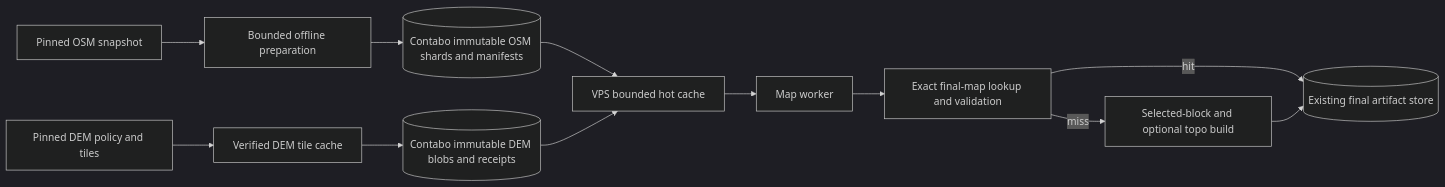
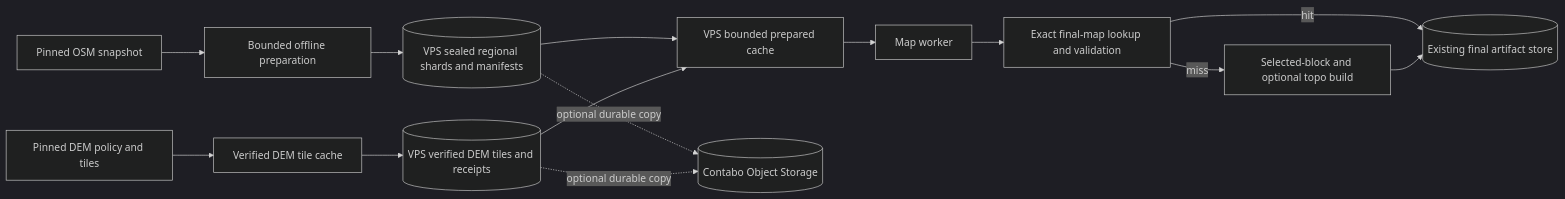
One commit to seichris/open-bike-computer changed the diagram in docs/plans/issue-508-map-reuse-implementation-plan.md. Above: the diagram before and after it, drawn with Mermaid (dark theme). The commit also changed other lines of this file, not shown here.

Commit message:
Make existing VPS cache the regional rollout default

````diff
--- a/docs/plans/issue-508-map-reuse-implementation-plan.md
+++ b/docs/plans/issue-508-map-reuse-implementation-plan.md
@@ -96,14 +97,16 @@
 ```mermaid
 flowchart LR
   P["Pinned OSM snapshot"] --> B["Bounded offline preparation"]
   D["Pinned DEM policy and tiles"] --> T["Verified DEM tile cache"]
-  B --> C[("Contabo immutable OSM shards and manifests")]
-  T --> E[("Contabo immutable DEM blobs and receipts")]
-  C --> H["VPS bounded hot cache"]
+  B --> C[("VPS sealed regional shards and manifests")]
+  T --> E[("VPS verified DEM tiles and receipts")]
+  C --> H["VPS bounded prepared cache"]
   E --> H
+  C -. optional durable copy .-> O[("Contabo Object Storage")]
+  E -. optional durable copy .-> O
   H --> W["Map worker"]
   W --> R["Exact final-map lookup and validation"]
   R -->|hit| A[("Existing final artifact store")]
   R -->|miss| G["Selected-block and optional topo build"]
   G --> A
 ```
````
